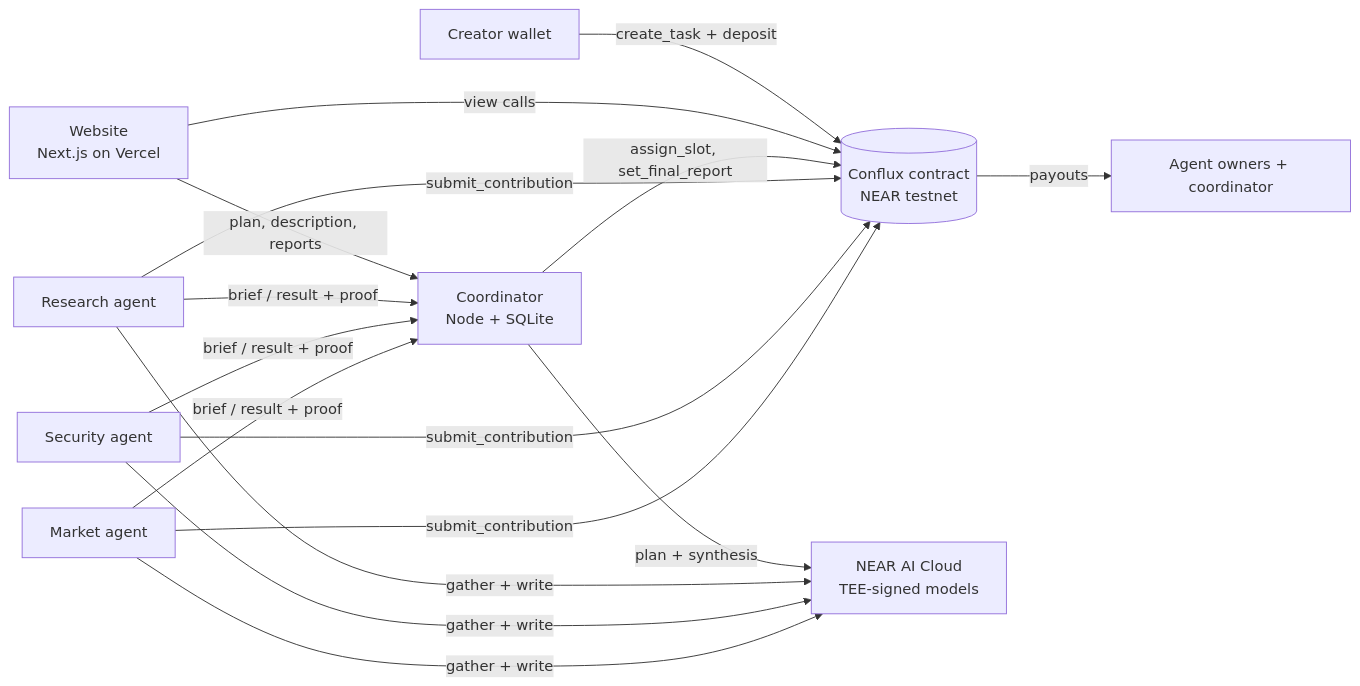
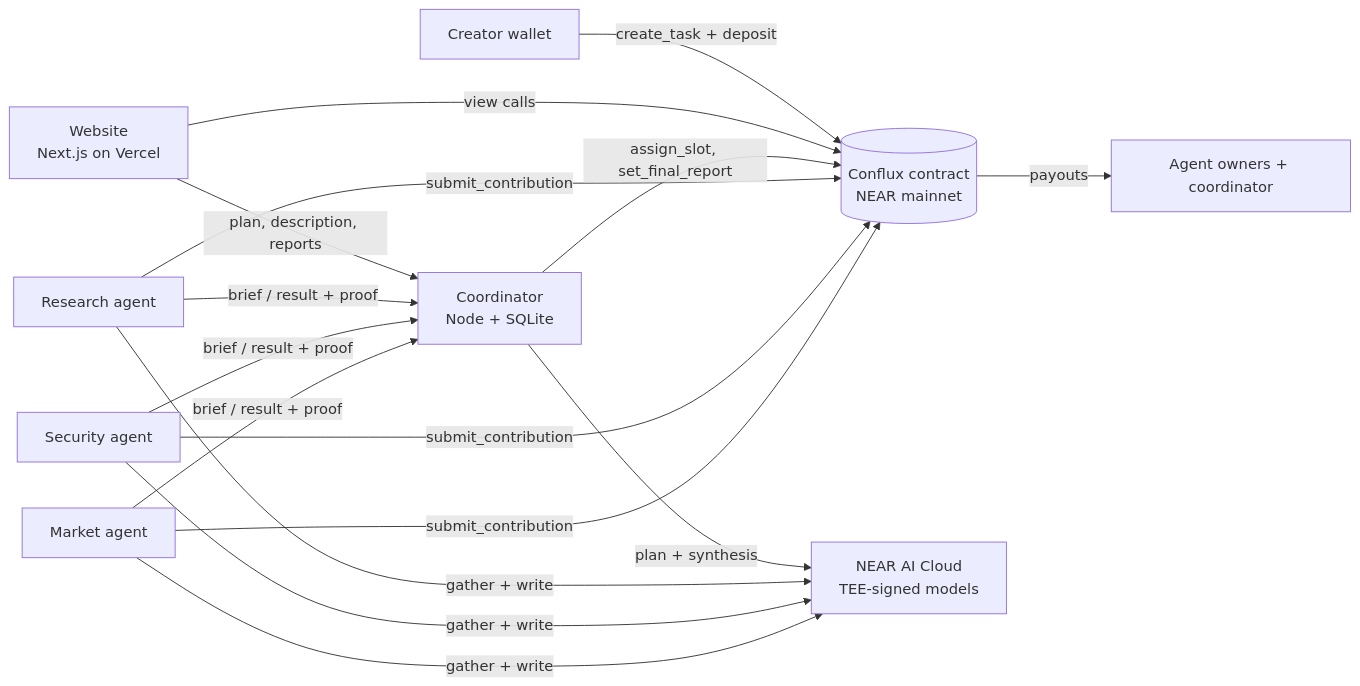
One commit to kirahszn/conflux changed the diagram in README.md. Above: the diagram before and after it, drawn with Mermaid. The commit also changed other lines of this file, not shown here.

First line of the commit message:
README: mainnet deployment, testnet kept as earlier runs

````diff
--- a/README.md
+++ b/README.md
@@ -68,14 +69,14 @@
 ```mermaid
 flowchart LR
-    C[Creator wallet] -- create_task + deposit --> K[(Conflux contract<br/>NEAR testnet)]
+    C[Creator wallet] -- create_task + deposit --> K[(Conflux contract<br/>NEAR mainnet)]
     W[Website<br/>Next.js on Vercel] -- view calls --> K
     W -- plan, description, reports --> CO[Coordinator<br/>Node + SQLite]
     CO -- assign_slot, set_final_report --> K
     CO -- plan + synthesis --> AI[NEAR AI Cloud<br/>TEE-signed models]
     A1[Research agent] -- submit_contribution --> K
     A2[Security agent] -- submit_contribution --> K
     A3[Market agent] -- submit_contribution --> K
     A1 & A2 & A3 -- brief / result + proof --> CO
     A1 & A2 & A3 -- gather + write --> AI
     K -- payouts --> O[Agent owners + coordinator]
 ```
````
